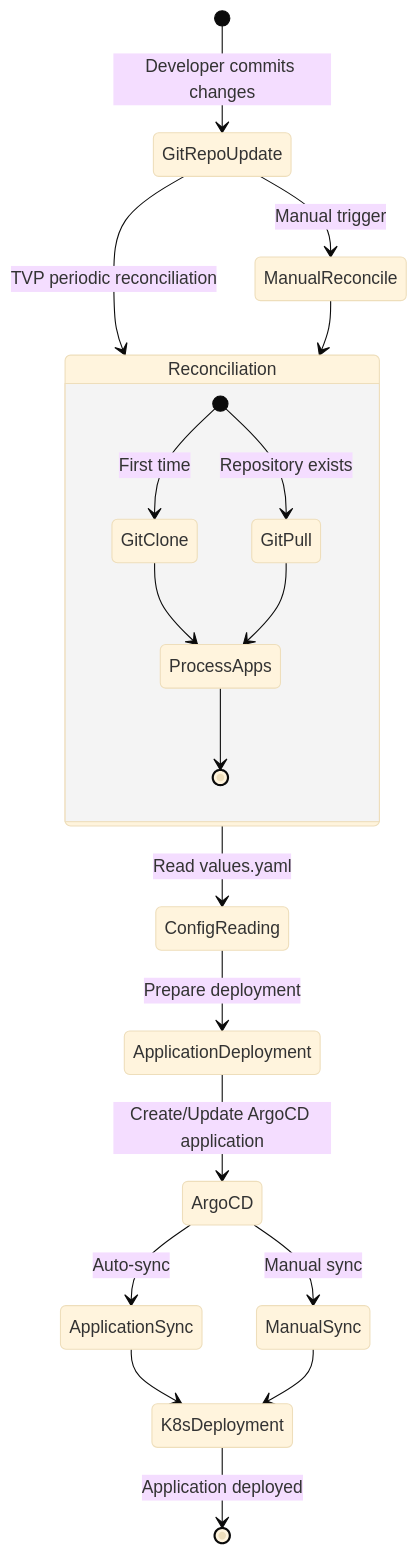
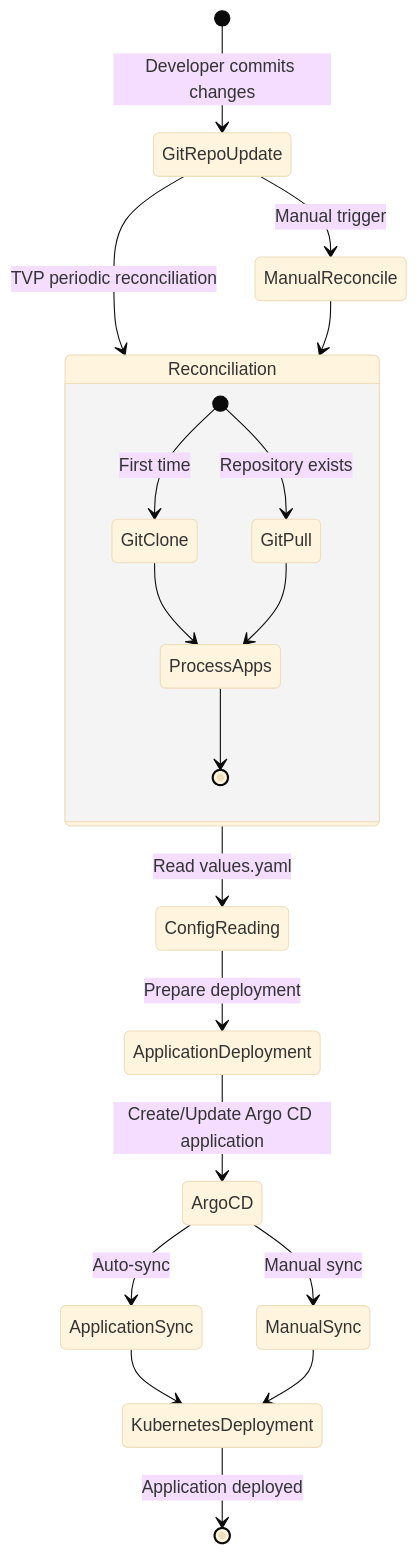
The eighth of 9 diagrams in README.md (lloydchang/tvp-k8s), drawn with Mermaid (base theme) before and after one commit. The commit also changed other lines of this file and 12 other files, not shown here.

````diff
--- a/README.md
+++ b/README.md
@@ -380,30 +380,30 @@
 ```mermaid
 stateDiagram-v2
     [*] --> GitRepoUpdate: Developer commits changes
     
     GitRepoUpdate --> Reconciliation: TVP periodic reconciliation
     GitRepoUpdate --> ManualReconcile: Manual trigger
     
     ManualReconcile --> Reconciliation
     
     Reconciliation --> ConfigReading: Read values.yaml
     ConfigReading --> ApplicationDeployment: Prepare deployment
-    ApplicationDeployment --> ArgoCD: Create/Update ArgoCD application
+    ApplicationDeployment --> ArgoCD: Create/Update Argo CD application
     
     ArgoCD --> ApplicationSync: Auto-sync
     ArgoCD --> ManualSync: Manual sync
     
-    ApplicationSync --> K8sDeployment
-    ManualSync --> K8sDeployment
+    ApplicationSync --> KubernetesDeployment
+    ManualSync --> KubernetesDeployment
     
-    K8sDeployment --> [*]: Application deployed
+    KubernetesDeployment --> [*]: Application deployed
     
     state Reconciliation {
         [*] --> GitClone: First time
         [*] --> GitPull: Repository exists
         GitClone --> ProcessApps
         GitPull --> ProcessApps
         ProcessApps --> [*]
     }
 
 ```
````
